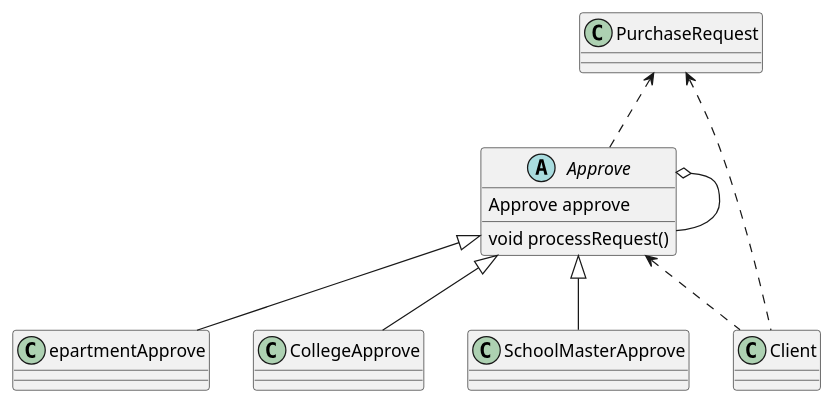
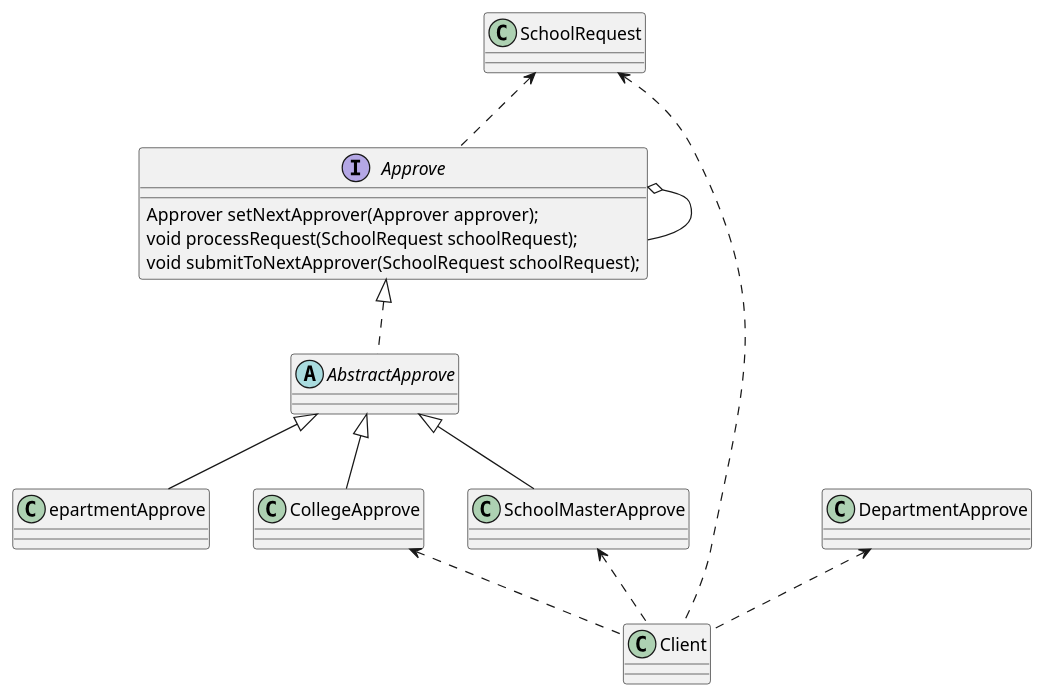
The diagram in JavaBasic/JavaDesignPattern/src/main/java/com/github/yck/pattern/behavioral/statefulbehaivor/responsibilitychain/Approver.puml (forrestlmj/javaLearn), drawn with PlantUML before and after one commit. The commit also changed 1 other file, not shown here.

Commit message:
[设计模式]优化UML图

```diff
--- a/JavaBasic/JavaDesignPattern/src/main/java/com/github/yck/pattern/behavioral/statefulbehaivor/responsibilitychain/Approver.puml
+++ b/JavaBasic/JavaDesignPattern/src/main/java/com/github/yck/pattern/behavioral/statefulbehaivor/responsibilitychain/Approver.puml
@@ -1,17 +1,22 @@
 @startuml
 'https://plantuml.com/class-diagram
-abstract class Approve{
-    Approve approve
-    void processRequest()
+interface Approve{
+    Approver setNextApprover(Approver approver);
+    void processRequest(SchoolRequest schoolRequest);
+    void submitToNextApprover(SchoolRequest schoolRequest);
 }
 
+SchoolRequest <.. Approve
+Approve <|.. AbstractApprove
+abstract class AbstractApprove{
+}
+Approve o-- Approve
+AbstractApprove <|--DepartmentApprove
+AbstractApprove <|--CollegeApprove
+AbstractApprove <|--SchoolMasterApprove
 
-Approve o-- Approve
-Approve <|--DepartmentApprove
-Approve <|--CollegeApprove
-Approve <|--SchoolMasterApprove
-
-PurchaseRequest <.. Approve
-PurchaseRequest <.. Client
-Approve <.. Client
+SchoolRequest <.. Client
+DepartmentApprove <.. Client
+CollegeApprove <.. Client
+SchoolMasterApprove <.. Client
 @enduml
```
